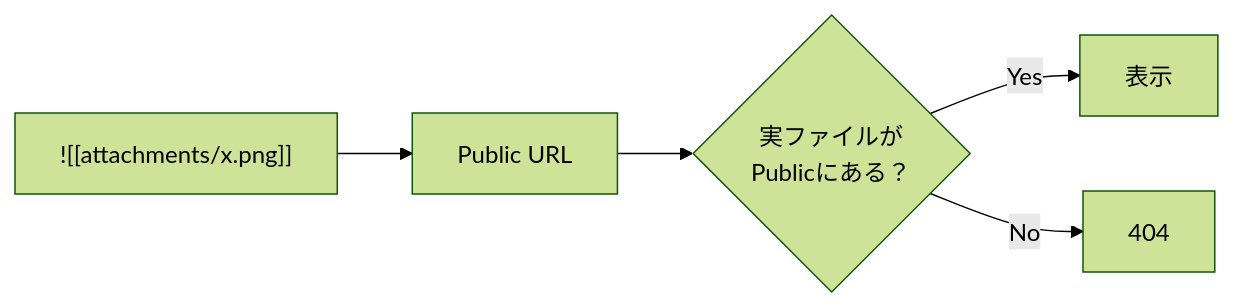
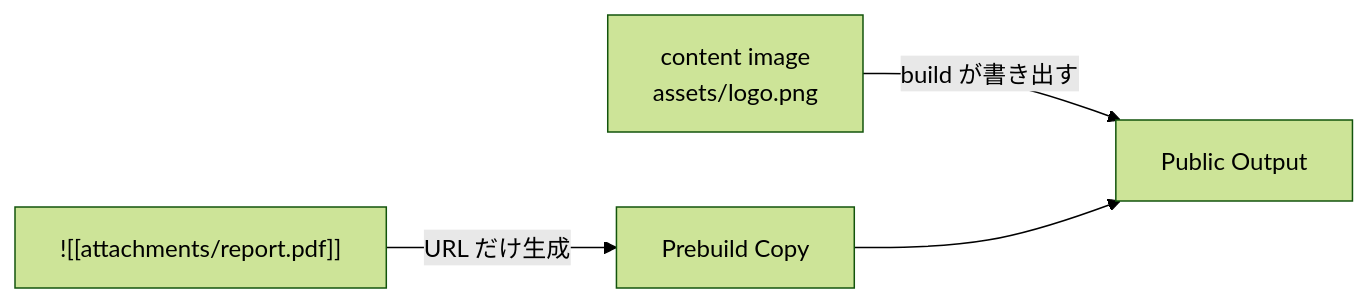
The eighth of 10 diagrams in docs/ja/docs/guides/content-repositories.md (Rerurate514/riebeckite), drawn with Mermaid (forest theme) before and after one commit. The commit also changed other lines of this file and 3 other files, not shown here.

Commit message:
ガイドの asset 説明を content image と attachment に分ける

````diff
--- a/docs/ja/docs/guides/content-repositories.md
+++ b/docs/ja/docs/guides/content-repositories.md
@@ -904,12 +911,9 @@
 ```mermaid
 flowchart LR
-    Markdown["![[attachments/x.png]]"]
-    URL["Public URL"]
-    File{"実ファイルが<br/>Publicにある？"}
+    Image["content image<br/>assets/logo.png"]
+    Attach["![[attachments/report.pdf]]"]
 
-    Markdown --> URL
-    URL --> File
-
-    File -->|"Yes"| Image["表示"]
-    File -->|"No"| Error["404"]
+    Image -->|"build が書き出す"| Output["Public Output"]
+    Attach -->|"URL だけ生成"| Prebuild["Prebuild Copy"]
+    Prebuild --> Output
 ```
````
